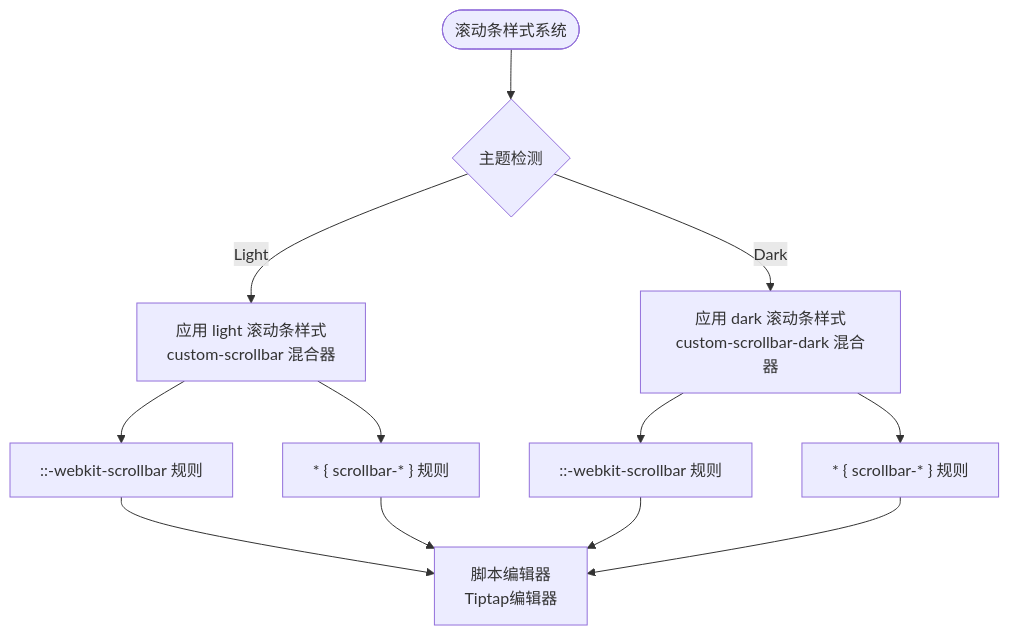
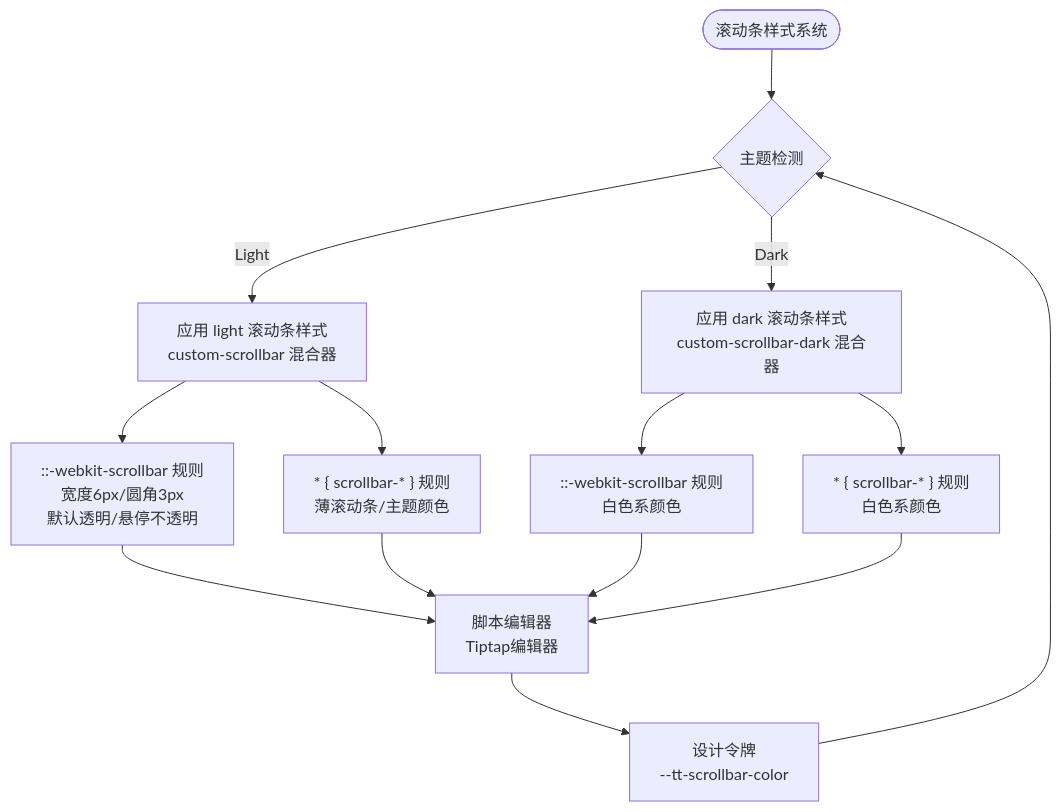
One commit to KunLabAI/KunFlix changed the ninth of 10 diagrams in .qoder/repowiki/zh/content/前端应用架构/UI组件库/主题与样式系统.md. Above: the diagram before and after it, drawn with Mermaid. The commit also changed other lines of this file and 15 other files, not shown here.

````diff
--- a/.qoder/repowiki/zh/content/前端应用架构/UI组件库/主题与样式系统.md
+++ b/.qoder/repowiki/zh/content/前端应用架构/UI组件库/主题与样式系统.md
@@ -347,14 +365,16 @@
 ```mermaid
 flowchart TD
 Start(["滚动条样式系统"]) --> Theme{"主题检测"}
 Theme --> |Light| LightStyles["应用 light 滚动条样式<br/>custom-scrollbar 混合器"]
 Theme --> |Dark| DarkStyles["应用 dark 滚动条样式<br/>custom-scrollbar-dark 混合器"]
-LightStyles --> Webkit["::-webkit-scrollbar 规则"]
-LightStyles --> Firefox["* { scrollbar-* } 规则"]
-DarkStyles --> WebkitDark["::-webkit-scrollbar 规则"]
-DarkStyles --> FirefoxDark["* { scrollbar-* } 规则"]
+LightStyles --> Webkit["::-webkit-scrollbar 规则<br/>宽度6px/圆角3px<br/>默认透明/悬停不透明"]
+LightStyles --> Firefox["* { scrollbar-* } 规则<br/>薄滚动条/主题颜色"]
+DarkStyles --> WebkitDark["::-webkit-scrollbar 规则<br/>白色系颜色"]
+DarkStyles --> FirefoxDark["* { scrollbar-* } 规则<br/>白色系颜色"]
 Webkit --> Components["脚本编辑器<br/>Tiptap编辑器"]
 Firefox --> Components
 WebkitDark --> Components
 FirefoxDark --> Components
+Components --> Variables["设计令牌<br/>--tt-scrollbar-color"]
+Variables --> Theme
 ```
````
